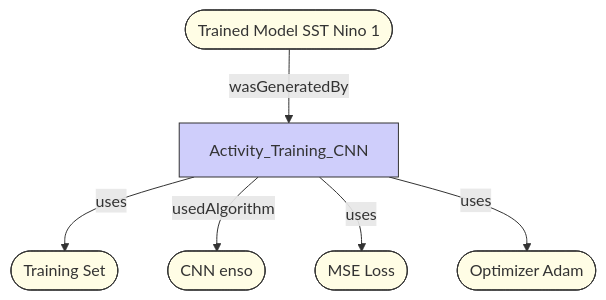
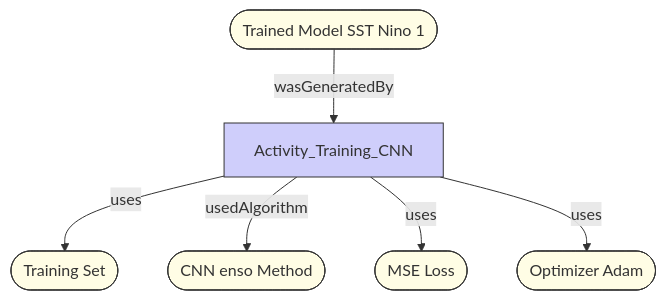
The diagram in examples/autots/figures/pplan/cnn.mmd (KnowledgeCaptureAndDiscovery/pmlm), drawn with Mermaid before and after one commit. The commit also changed 7 other files, not shown here.

```diff
--- a/examples/autots/figures/pplan/cnn.mmd
+++ b/examples/autots/figures/pplan/cnn.mmd
@@ -1,28 +1,28 @@
 graph
 TrainingSet([Training Set])
 TrainedModel_SST_Nino_1([Trained Model SST Nino 1])
-CNN_enso([CNN enso])
+CNN_enso([CNN enso Method])
 MSELoss([MSE Loss])
 Optimizer_Adam([Optimizer Adam])
 
 
 Activity_Training_CNN -->|uses| TrainingSet
 Activity_Training_CNN -->|usedAlgorithm| CNN_enso
 TrainedModel_SST_Nino_1 --> |wasGeneratedBy| Activity_Training_CNN
 
 Activity_Training_CNN -->|uses| MSELoss
 Activity_Training_CNN -->|uses| Optimizer_Adam
 
 classDef entity fill:#FFFDE5,stroke:#333,stroke-width:1px
 classDef activity fill:#CFCEFB,stroke:#333,stroke-width:1px;
 
 class Activity_Training_Lineal_Reggresion activity
 class TrainingSet entity;
 class Data_Training_Predicantds_Sliced entity;
 class Data_Training_Predictors_Sliced entity;
 class Activity_Training_CNN activity;
 class TrainedModel_SST_Nino_1 entity;
 class Data_Training_Predictors_Sliced_Reshaped_PCA entity;
 class MSELoss entity;
 class Optimizer_Adam entity;
 class CNN_enso entity;
```
